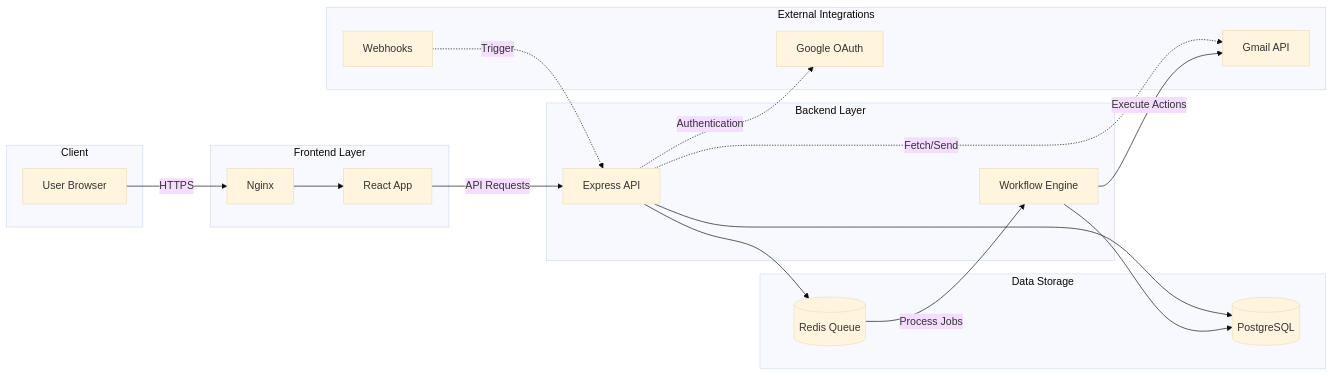
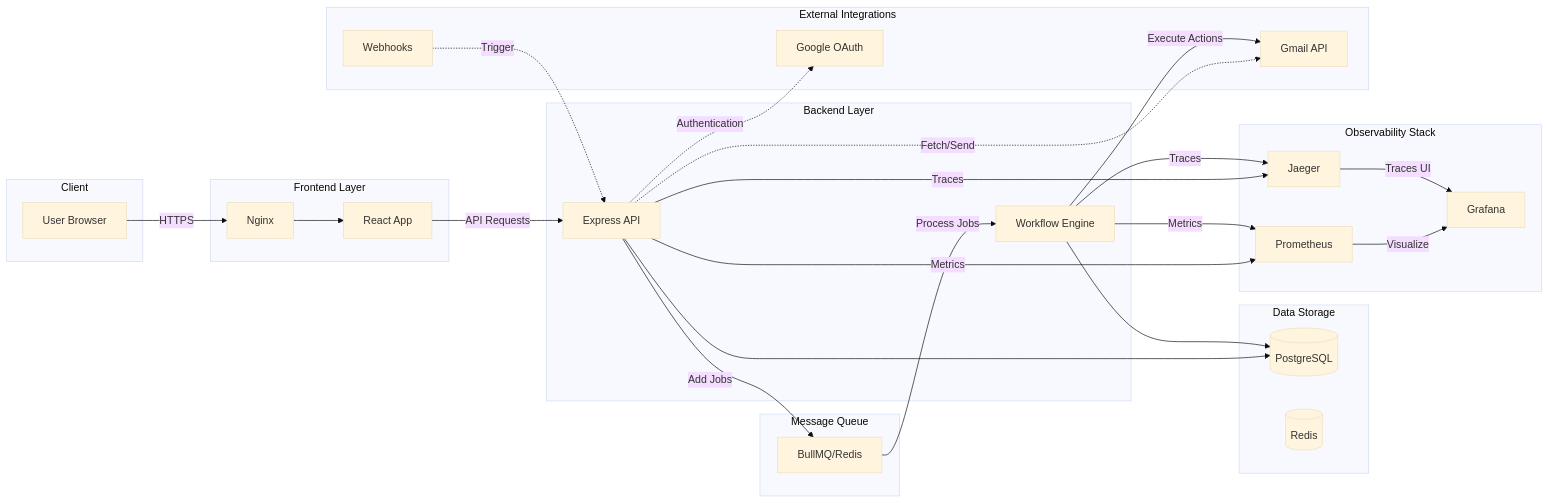
The diagram in README.md (JagjeevanAK/nEn), drawn with Mermaid (base theme) before and after one commit. The commit also changed other lines of this file and 18 other files, not shown here.

````diff
--- a/README.md
+++ b/README.md
@@ -7,39 +7,56 @@
 ```mermaid
 flowchart LR
     subgraph Client
         A[User Browser]
     end
     
     subgraph Frontend["Frontend Layer"]
         B[Nginx]
         C[React App]
     end
     
     subgraph Backend["Backend Layer"]
         D[Express API]
         E[Workflow Engine]
     end
     
+    subgraph Queue["Message Queue"]
+        Q[BullMQ/Redis]
+    end
+    
     subgraph Storage["Data Storage"]
         F[(PostgreSQL)]
-        G[(Redis Queue)]
+        G[(Redis)]
+    end
+    
+    subgraph Monitoring["Observability Stack"]
+        M1[Prometheus]
+        M2[Grafana]
+        M3[Jaeger]
     end
     
     subgraph External["External Integrations"]
         H[Google OAuth]
         I[Gmail API]
         J[Webhooks]
     end
     
     A -->|HTTPS| B
     B --> C
     C -->|API Requests| D
     D --> F
-    D --> G
+    D -->|Add Jobs| Q
     D -.->|Authentication| H
     D -.->|Fetch/Send| I
     J -.->|Trigger| D
-    G -->|Process Jobs| E
+    Q -->|Process Jobs| E
     E --> F
     E -->|Execute Actions| I
+    
+    D -->|Metrics| M1
+    E -->|Metrics| M1
+    D -->|Traces| M3
+    E -->|Traces| M3
+    M1 -->|Visualize| M2
+    M3 -->|Traces UI| M2
 ```
````
